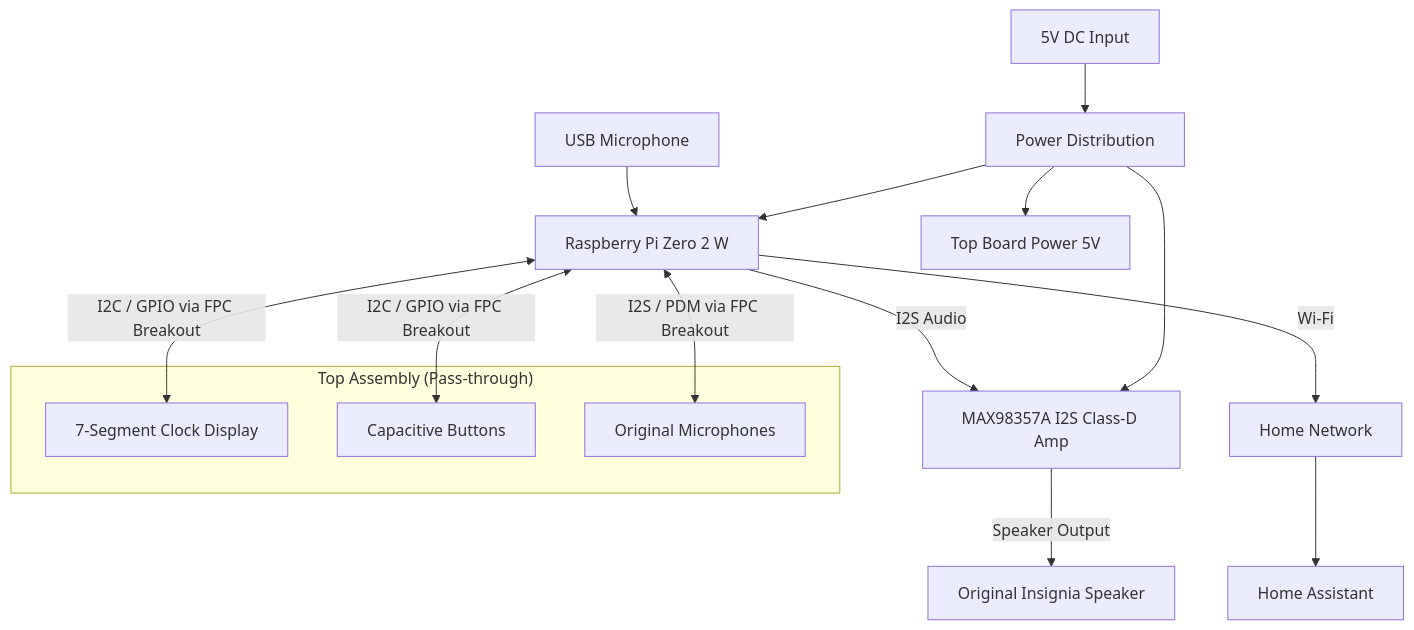
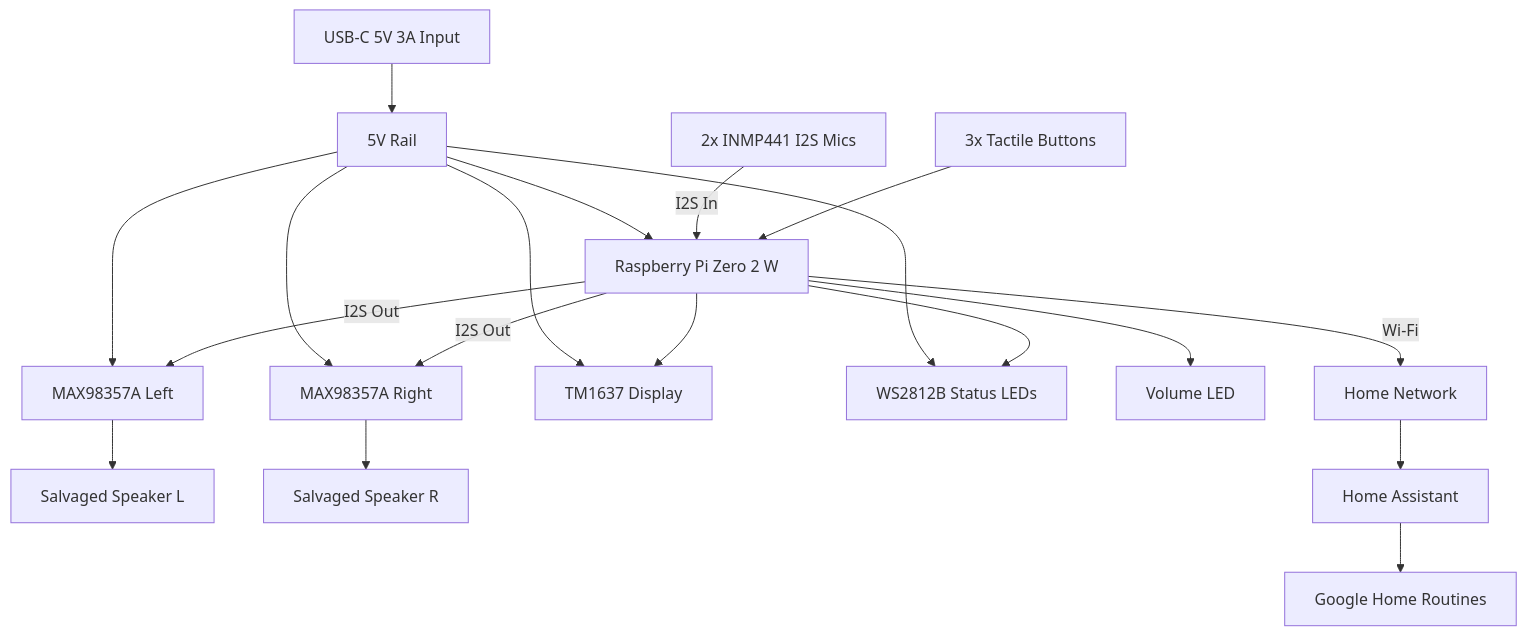
The diagram in NS-CSPGASP_Rebuild_Plan.md (brewer-michael/ns-cspgasp-rebuild), drawn with Mermaid before and after one commit. The commit also changed other lines of this file and 15 other files, not shown here.

````diff
--- a/NS-CSPGASP_Rebuild_Plan.md
+++ b/NS-CSPGASP_Rebuild_Plan.md
@@ -18,26 +88,25 @@
 ```mermaid
 flowchart TD
-    PWR[5V DC Input] --> SPLIT[Power Distribution]
+    PWR[USB-C 5V 3A Input] --> SPLIT[5V Rail]
 
     SPLIT --> PI[Raspberry Pi Zero 2 W]
-    SPLIT --> AMP[MAX98357A I2S Class-D Amp]
-    SPLIT --> DISP_PWR[Top Board Power 5V]
+    SPLIT --> AMPL[MAX98357A Left]
+    SPLIT --> AMPR[MAX98357A Right]
+    SPLIT --> DISP[TM1637 Display]
+    SPLIT --> LED[WS2812B Status LEDs]
 
-    PI -->|I2S Audio| AMP
-    AMP -->|Speaker Output| SPK[Original Insignia Speaker]
+    PI -->|I2S Out| AMPL
+    PI -->|I2S Out| AMPR
+    AMPL --> SPKL[Salvaged Speaker L]
+    AMPR --> SPKR[Salvaged Speaker R]
 
-    MIC[USB Microphone] --> PI
-    
-    subgraph "Top Assembly (Pass-through)"
-        DISP[7-Segment Clock Display]
-        TOUCH[Capacitive Buttons]
-        MIC_ARR[Original Microphones]
-    end
-
-    PI <-->|I2C / GPIO via FPC Breakout| DISP
-    PI <-->|I2C / GPIO via FPC Breakout| TOUCH
-    PI <-->|I2S / PDM via FPC Breakout| MIC_ARR
+    MIC[2x INMP441 I2S Mics] -->|I2S In| PI
+    BTN[3x Tactile Buttons] --> PI
+    PI --> DISP
+    PI --> LED
+    PI --> VLED[Volume LED]
 
     PI -->|Wi-Fi| NET[Home Network]
     NET --> HA[Home Assistant]
+    HA --> GH[Google Home Routines]
 ```
````
